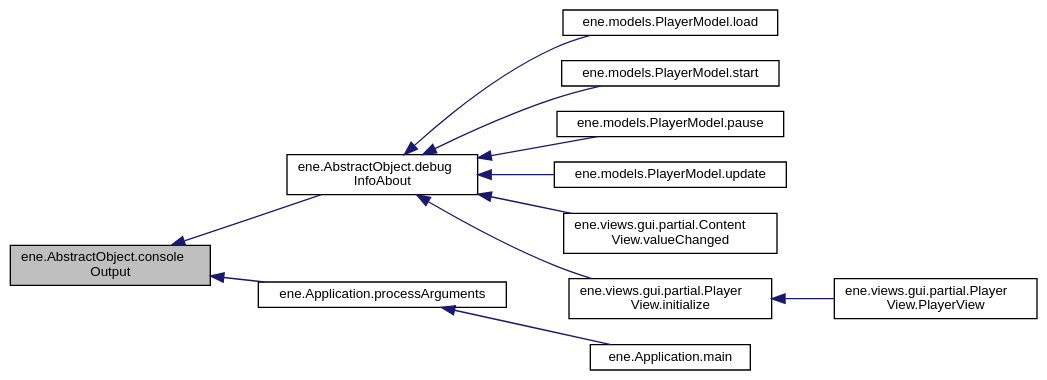
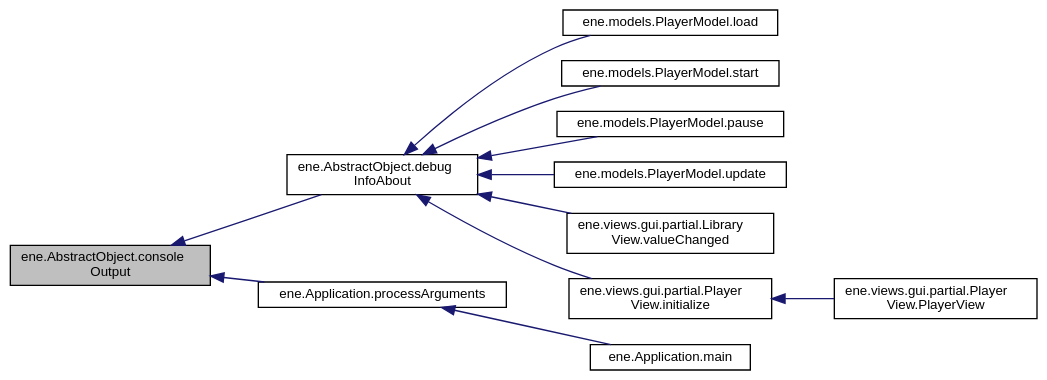
Before and after one commit to vivi90/ene: the diagram in docs/classene_1_1AbstractObject_a9ce30d3321c7ce794df2f07bdaf3e47c_icgraph.dot, drawn with Graphviz. The commit also changed 113 other files, not shown here.

Commit message:
LibraryView introduced.

```diff
--- a/docs/classene_1_1AbstractObject_a9ce30d3321c7ce794df2f07bdaf3e47c_icgraph.dot
+++ b/docs/classene_1_1AbstractObject_a9ce30d3321c7ce794df2f07bdaf3e47c_icgraph.dot
@@ -1,28 +1,28 @@
 digraph "ene.AbstractObject.consoleOutput"
 {
   bgcolor="transparent";
   edge [fontname="Helvetica",fontsize="10",labelfontname="Helvetica",labelfontsize="10"];
   node [fontname="Helvetica",fontsize="10",shape=record];
   rankdir="LR";
   Node1 [label="ene.AbstractObject.console\lOutput",height=0.2,width=0.4,color="black", fillcolor="grey75", style="filled", fontcolor="black"];
   Node1 -> Node2 [dir="back",color="midnightblue",fontsize="10",style="solid",fontname="Helvetica"];
   Node2 [label="ene.AbstractObject.debug\lInfoAbout",height=0.2,width=0.4,color="black",URL="$classene_1_1AbstractObject.html#aff9619cf289ec83735b6c6ca2c12e020"];
   Node2 -> Node3 [dir="back",color="midnightblue",fontsize="10",style="solid",fontname="Helvetica"];
   Node3 [label="ene.models.PlayerModel.load",height=0.2,width=0.4,color="black",URL="$classene_1_1models_1_1PlayerModel.html#a2c4655428b658dee3203787415a516a5"];
   Node2 -> Node4 [dir="back",color="midnightblue",fontsize="10",style="solid",fontname="Helvetica"];
   Node4 [label="ene.models.PlayerModel.start",height=0.2,width=0.4,color="black",URL="$classene_1_1models_1_1PlayerModel.html#a7d0471082171de01773a1da88cb3652d"];
   Node2 -> Node5 [dir="back",color="midnightblue",fontsize="10",style="solid",fontname="Helvetica"];
   Node5 [label="ene.models.PlayerModel.pause",height=0.2,width=0.4,color="black",URL="$classene_1_1models_1_1PlayerModel.html#afdcaa5e17ecdfbccad3ac8e702914e00"];
   Node2 -> Node6 [dir="back",color="midnightblue",fontsize="10",style="solid",fontname="Helvetica"];
   Node6 [label="ene.models.PlayerModel.update",height=0.2,width=0.4,color="black",URL="$classene_1_1models_1_1PlayerModel.html#a108968d6fd2beb7e322bba50028d32b1"];
   Node2 -> Node7 [dir="back",color="midnightblue",fontsize="10",style="solid",fontname="Helvetica"];
-  Node7 [label="ene.views.gui.partial.Content\lView.valueChanged",height=0.2,width=0.4,color="black",URL="$classene_1_1views_1_1gui_1_1partial_1_1ContentView.html#a647b8caeddca89d41f45fde6ee9389dc"];
+  Node7 [label="ene.views.gui.partial.Library\lView.valueChanged",height=0.2,width=0.4,color="black",URL="$classene_1_1views_1_1gui_1_1partial_1_1LibraryView.html#a2245f22b04d89b40305fc80c79de1e54"];
   Node2 -> Node8 [dir="back",color="midnightblue",fontsize="10",style="solid",fontname="Helvetica"];
   Node8 [label="ene.views.gui.partial.Player\lView.initialize",height=0.2,width=0.4,color="black",URL="$classene_1_1views_1_1gui_1_1partial_1_1PlayerView.html#a6a20ce866e62ced7476b666fe891b10a"];
   Node8 -> Node9 [dir="back",color="midnightblue",fontsize="10",style="solid",fontname="Helvetica"];
   Node9 [label="ene.views.gui.partial.Player\lView.PlayerView",height=0.2,width=0.4,color="black",URL="$classene_1_1views_1_1gui_1_1partial_1_1PlayerView.html#a87a7a4837fc2b68df6bf06984881a7ea"];
   Node1 -> Node10 [dir="back",color="midnightblue",fontsize="10",style="solid",fontname="Helvetica"];
   Node10 [label="ene.Application.processArguments",height=0.2,width=0.4,color="black",URL="$classene_1_1Application.html#a096fa8803429fdb43c79cde1705b489f"];
   Node10 -> Node11 [dir="back",color="midnightblue",fontsize="10",style="solid",fontname="Helvetica"];
   Node11 [label="ene.Application.main",height=0.2,width=0.4,color="black",URL="$classene_1_1Application.html#a336bc7b9857591df7cc547781aacbf10"];
 }
```
